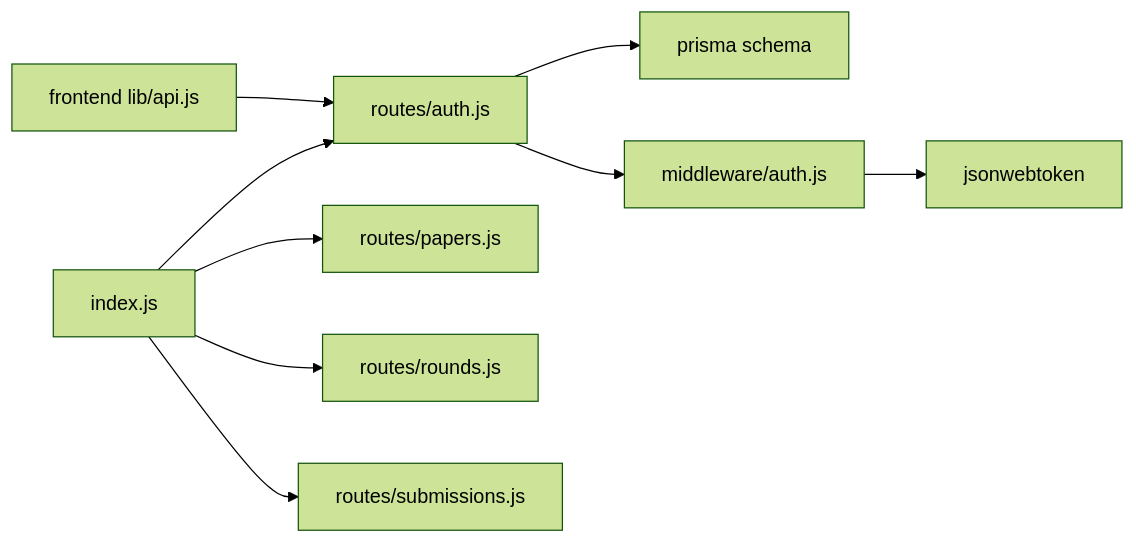
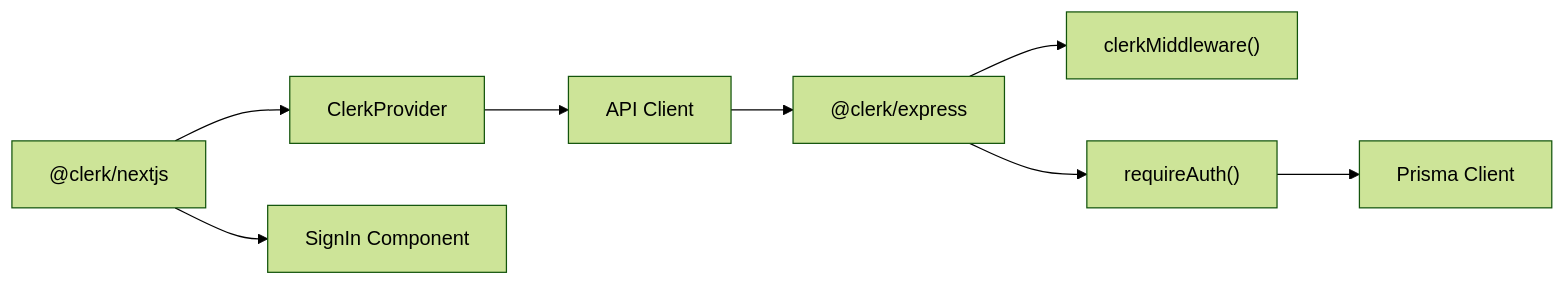
The third of 3 diagrams in .qoder/repowiki/en/content/Authentication & Authorization/Authentication & Authorization.md (ZandileMkontwana/olympiad-portal), drawn with Mermaid (forest theme) before and after one commit. The commit also changed other lines of this file and 16 other files, not shown here.

Commit message:
fix: test(backend): update tests for Clerk auth and Supabase storage

````diff
--- a/.qoder/repowiki/en/content/Authentication & Authorization/Authentication & Authorization.md
+++ b/.qoder/repowiki/en/content/Authentication & Authorization/Authentication & Authorization.md
@@ -221,11 +235,10 @@
 ```mermaid
 graph LR
-Index["index.js"] --> AuthRouter["routes/auth.js"]
-Index --> Papers["routes/papers.js"]
-Index --> Rounds["routes/rounds.js"]
-Index --> Submissions["routes/submissions.js"]
-AuthRouter --> Prisma["prisma schema"]
-AuthRouter --> Middleware["middleware/auth.js"]
-Middleware --> JWT["jsonwebtoken"]
-Frontend["frontend lib/api.js"] --> AuthRouter
+Frontend["@clerk/nextjs"] --> Layout["ClerkProvider"]
+Frontend --> Login["SignIn Component"]
+Backend["@clerk/express"] --> Index["clerkMiddleware()"]
+Backend --> Routes["requireAuth()"]
+Routes --> Prisma["Prisma Client"]
+Layout --> API["API Client"]
+API --> Backend
 ```
````
